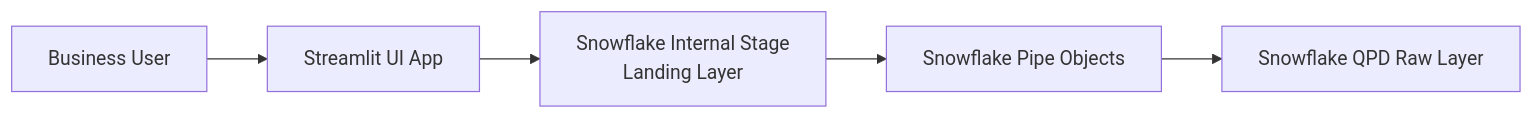
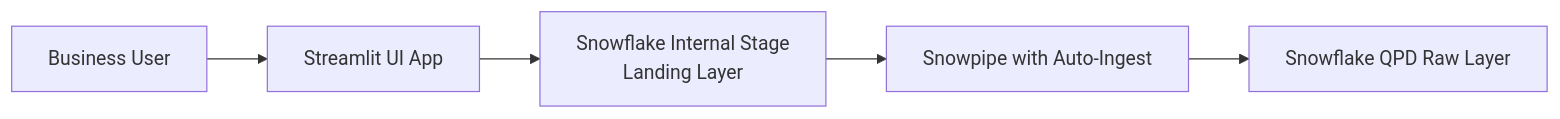
The ninth of 14 diagrams in 15-BB-QPD Future State/QPD - Future State.md (sfc-gh-mhindi/REPO_CBA), drawn with Mermaid before and after one commit. The commit also changed other lines of this file, not shown here.

````diff
--- a/15-BB-QPD Future State/QPD - Future State.md
+++ b/15-BB-QPD Future State/QPD - Future State.md
@@ -483,7 +522,7 @@
 ```mermaid
 graph LR
     User[Business User] --> Streamlit[Streamlit UI App]
     Streamlit --> SF_Internal[Snowflake Internal Stage<br/>Landing Layer]
-    SF_Internal --> Snowpipe[Snowflake Pipe Objects]
+    SF_Internal --> Snowpipe[Snowpipe with Auto-Ingest]
     Snowpipe --> SF_Raw[Snowflake QPD Raw Layer]
 ```
````
